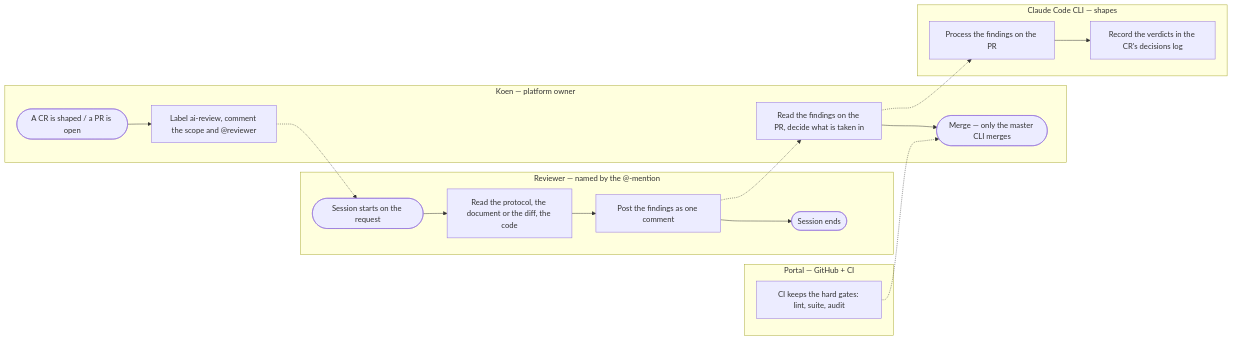
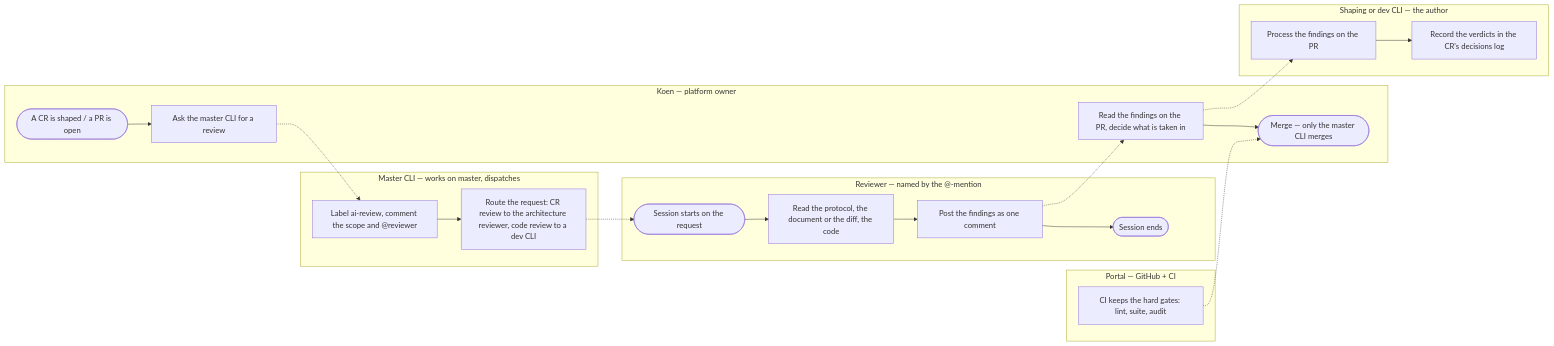
Before and after one commit to KoenRenders/KoenTest: the second of 3 diagrams in docs/change_request_18_code_review_by_other_ai_tool.md, drawn with Mermaid. The commit also changed other lines of this file, not shown here.

Commit message:
docs(cr-18): the master CLI is the one dispatcher of reviews — Koen asks, it sets label and @-mention and routes: a CR review to the architecture reviewer, a code review to a dev CLI; A3 drawing, R1/R2, F2, walkthrough, B9 (Koen, 3 Oct 2026)

````diff
--- a/docs/change_request_18_code_review_by_other_ai_tool.md
+++ b/docs/change_request_18_code_review_by_other_ai_tool.md
@@ -62,23 +62,29 @@
 ```mermaid
 flowchart LR
   subgraph K[Koen — platform owner]
-    k1([A CR is shaped / a PR is open]) --> k2[Label ai-review, comment the scope and @reviewer]
+    k1([A CR is shaped / a PR is open]) --> k2[Ask the master CLI for a review]
     k5[Read the findings on the PR, decide what is taken in]
     k5 --> k6([Merge — only the master CLI merges])
+  end
+  subgraph M[Master CLI — works on master, dispatches]
+    m1[Label ai-review, comment the scope and @reviewer]
+    m2[Route the request: CR review to the architecture reviewer, code review to a dev CLI]
   end
   subgraph R[Reviewer — named by the @-mention]
     r1([Session starts on the request]) --> r2[Read the protocol, the document or the diff, the code]
     r2 --> r3[Post the findings as one comment]
     r3 --> r4([Session ends])
   end
-  subgraph C[Claude Code CLI — shapes]
+  subgraph C[Shaping or dev CLI — the author]
     c1[Process the findings on the PR] --> c2[Record the verdicts in the CR's decisions log]
   end
   subgraph P[Portal — GitHub + CI]
     p1[CI keeps the hard gates: lint, suite, audit]
   end
-  k2 -.-> r1
+  k2 -.-> m1
+  m1 --> m2
+  m2 -.-> r1
   r3 -.-> k5
   k5 -.-> c1
   p1 -.-> k6
 ```
````
